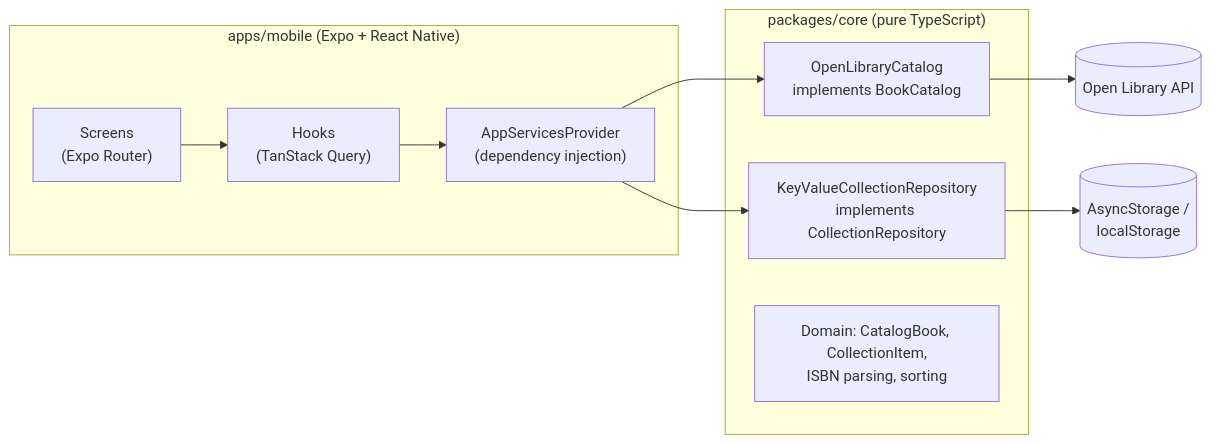
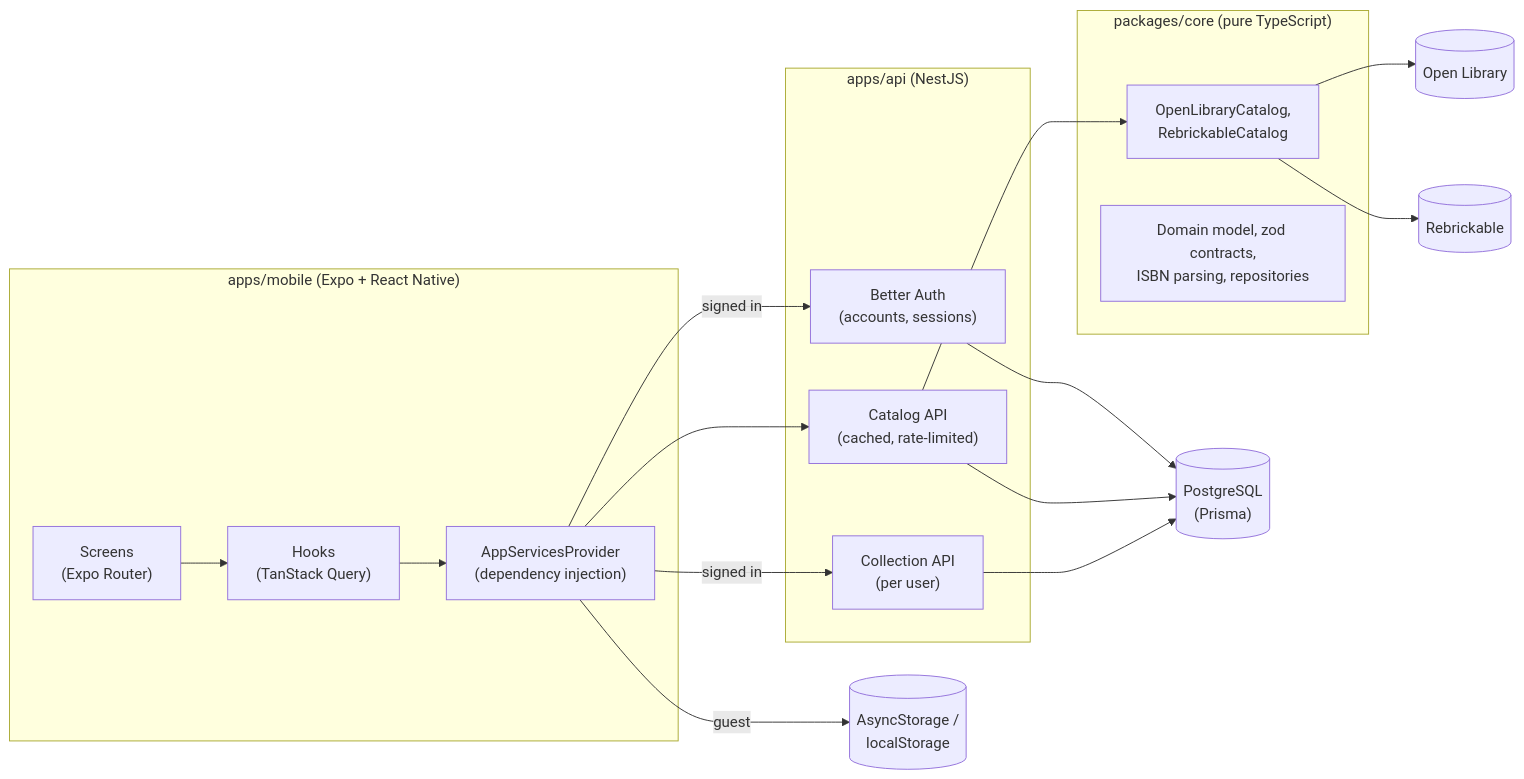
One commit to sbm2310/fandex changed the diagram in README.md. Above: the diagram before and after it, drawn with Mermaid. The commit also changed other lines of this file and 2 other files, not shown here.

````diff
--- a/README.md
+++ b/README.md
@@ -39,16 +40,26 @@
 ```mermaid
 flowchart LR
   subgraph app["apps/mobile (Expo + React Native)"]
     screens["Screens<br/>(Expo Router)"] --> hooks["Hooks<br/>(TanStack Query)"]
     hooks --> services["AppServicesProvider<br/>(dependency injection)"]
   end
+  subgraph api["apps/api (NestJS)"]
+    auth["Better Auth<br/>(accounts, sessions)"]
+    catalogApi["Catalog API<br/>(cached, rate-limited)"]
+    collectionApi["Collection API<br/>(per user)"]
+  end
   subgraph core["packages/core (pure TypeScript)"]
-    catalog["OpenLibraryCatalog<br/>implements BookCatalog"]
-    repo["KeyValueCollectionRepository<br/>implements CollectionRepository"]
-    domain["Domain: CatalogBook, CollectionItem,<br/>ISBN parsing, sorting"]
+    adapters["OpenLibraryCatalog,<br/>RebrickableCatalog"]
+    domain["Domain model, zod contracts,<br/>ISBN parsing, repositories"]
   end
-  services --> catalog
-  services --> repo
-  catalog --> ol[("Open Library API")]
-  repo --> kv[("AsyncStorage /<br/>localStorage")]
+  services -->|"signed in"| auth
+  services --> catalogApi
+  services -->|"signed in"| collectionApi
+  services -->|"guest"| kv[("AsyncStorage /<br/>localStorage")]
+  catalogApi --> adapters
+  adapters --> ol[("Open Library")]
+  adapters --> rb[("Rebrickable")]
+  auth --> pg[("PostgreSQL<br/>(Prisma)")]
+  catalogApi --> pg
+  collectionApi --> pg
 ```
````
